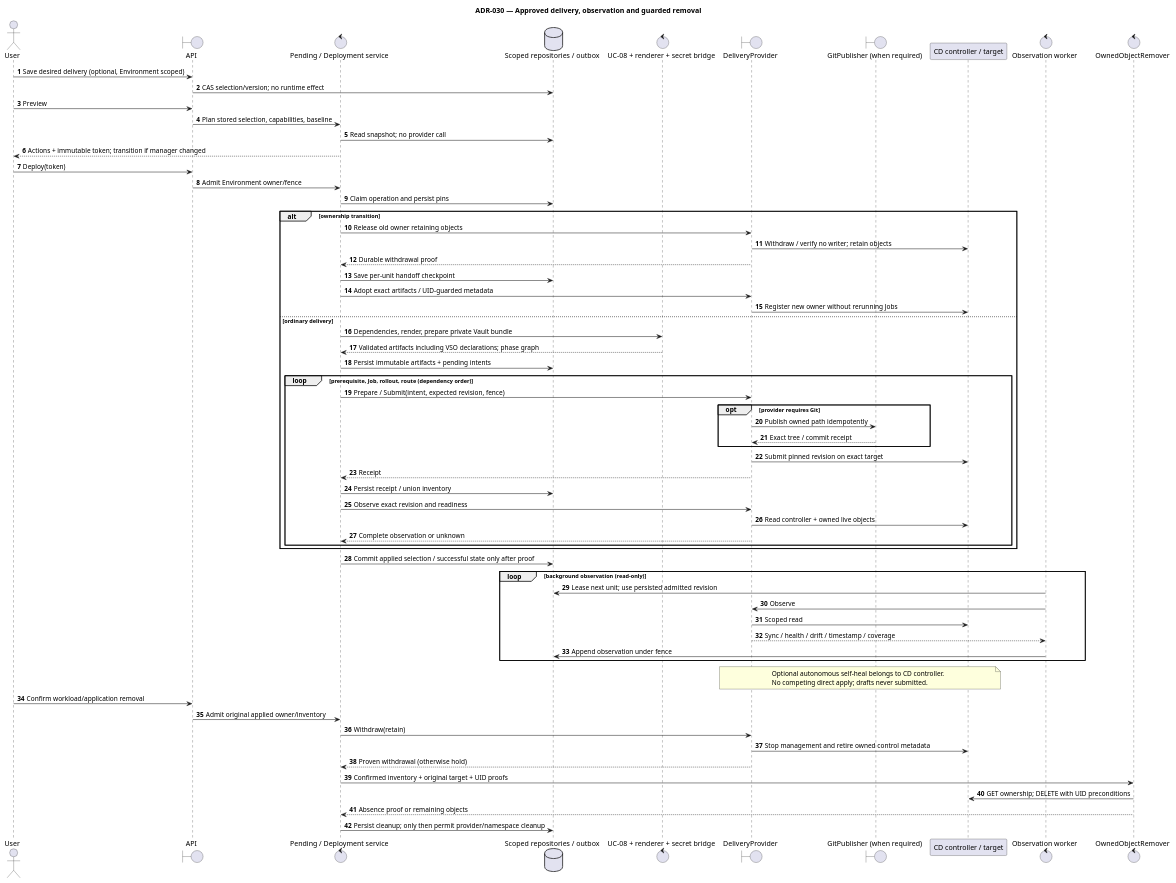
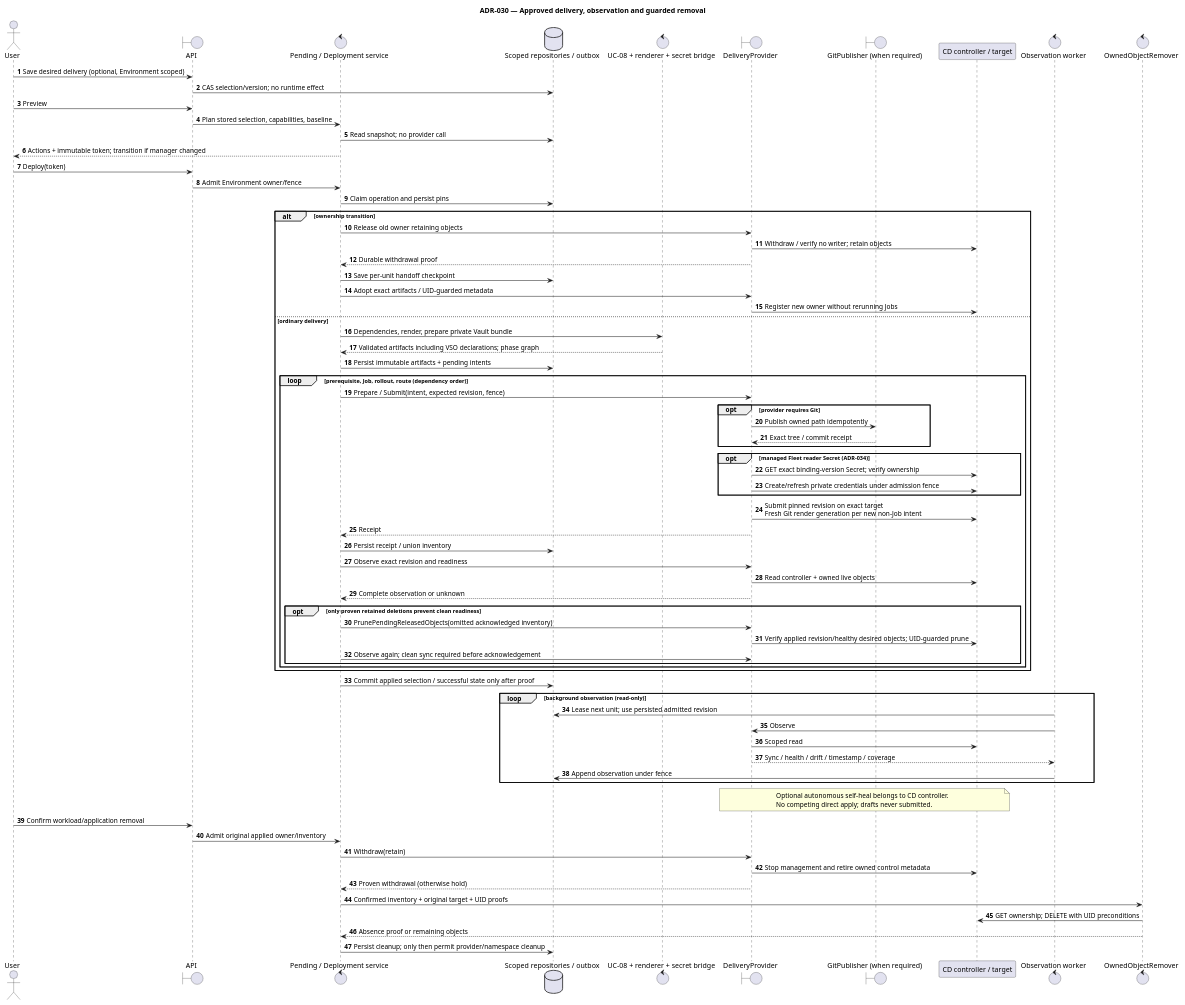
The diagram in orchestrator_docs/architecture/components/delivery-reconciliation-sequence.puml (pr3s3nt/poc), drawn with PlantUML before and after one commit. The commit also changed 88 other files, not shown here.

```diff
--- a/orchestrator_docs/architecture/components/delivery-reconciliation-sequence.puml
+++ b/orchestrator_docs/architecture/components/delivery-reconciliation-sequence.puml
@@ -1,69 +1,78 @@
 @startuml
 title ADR-030 — Approved delivery, observation and guarded removal
 autonumber
 actor User
 boundary API
 control "Pending / Deployment service" as Deploy
 database "Scoped repositories / outbox" as DB
 control "UC-08 + renderer + secret bridge" as Prepare
 boundary "DeliveryProvider" as Provider
 boundary "GitPublisher (when required)" as Git
 participant "CD controller / target" as Cluster
 control "Observation worker" as Observe
 control "OwnedObjectRemover" as Remove
 User -> API: Save desired delivery (optional, Environment scoped)
 API -> DB: CAS selection/version; no runtime effect
 User -> API: Preview
 API -> Deploy: Plan stored selection, capabilities, baseline
 Deploy -> DB: Read snapshot; no provider call
 Deploy --> User: Actions + immutable token; transition if manager changed
 User -> API: Deploy(token)
 API -> Deploy: Admit Environment owner/fence
 Deploy -> DB: Claim operation and persist pins
 alt ownership transition
   Deploy -> Provider: Release old owner retaining objects
   Provider -> Cluster: Withdraw / verify no writer; retain objects
   Provider --> Deploy: Durable withdrawal proof
   Deploy -> DB: Save per-unit handoff checkpoint
   Deploy -> Provider: Adopt exact artifacts / UID-guarded metadata
   Provider -> Cluster: Register new owner without rerunning Jobs
 else ordinary delivery
   Deploy -> Prepare: Dependencies, render, prepare private Vault bundle
   Prepare --> Deploy: Validated artifacts including VSO declarations; phase graph
   Deploy -> DB: Persist immutable artifacts + pending intents
   loop prerequisite, Job, rollout, route (dependency order)
     Deploy -> Provider: Prepare / Submit(intent, expected revision, fence)
     opt provider requires Git
       Provider -> Git: Publish owned path idempotently
       Git --> Provider: Exact tree / commit receipt
     end
-    Provider -> Cluster: Submit pinned revision on exact target
+    opt managed Fleet reader Secret (ADR-034)
+      Provider -> Cluster: GET exact binding-version Secret; verify ownership
+      Provider -> Cluster: Create/refresh private credentials under admission fence
+    end
+    Provider -> Cluster: Submit pinned revision on exact target\nFresh Git render generation per new non-Job intent
     Provider --> Deploy: Receipt
     Deploy -> DB: Persist receipt / union inventory
     Deploy -> Provider: Observe exact revision and readiness
     Provider -> Cluster: Read controller + owned live objects
     Provider --> Deploy: Complete observation or unknown
+    opt only proven retained deletions prevent clean readiness
+      Deploy -> Provider: PrunePendingReleasedObjects(omitted acknowledged inventory)
+      Provider -> Cluster: Verify applied revision/healthy desired objects; UID-guarded prune
+      Deploy -> Provider: Observe again; clean sync required before acknowledgement
+    end
   end
 end
 Deploy -> DB: Commit applied selection / successful state only after proof
 loop background observation (read-only)
   Observe -> DB: Lease next unit; use persisted admitted revision
   Observe -> Provider: Observe
   Provider -> Cluster: Scoped read
   Provider --> Observe: Sync / health / drift / timestamp / coverage
   Observe -> DB: Append observation under fence
 end
 note over Provider, Cluster
 Optional autonomous self-heal belongs to CD controller.
 No competing direct apply; drafts never submitted.
 end note
 User -> API: Confirm workload/application removal
 API -> Deploy: Admit original applied owner/inventory
 Deploy -> Provider: Withdraw(retain)
 Provider -> Cluster: Stop management and retire owned control metadata
 Provider --> Deploy: Proven withdrawal (otherwise hold)
 Deploy -> Remove: Confirmed inventory + original target + UID proofs
 Remove -> Cluster: GET ownership; DELETE with UID preconditions
 Remove --> Deploy: Absence proof or remaining objects
 Deploy -> DB: Persist cleanup; only then permit provider/namespace cleanup
 @enduml
```
